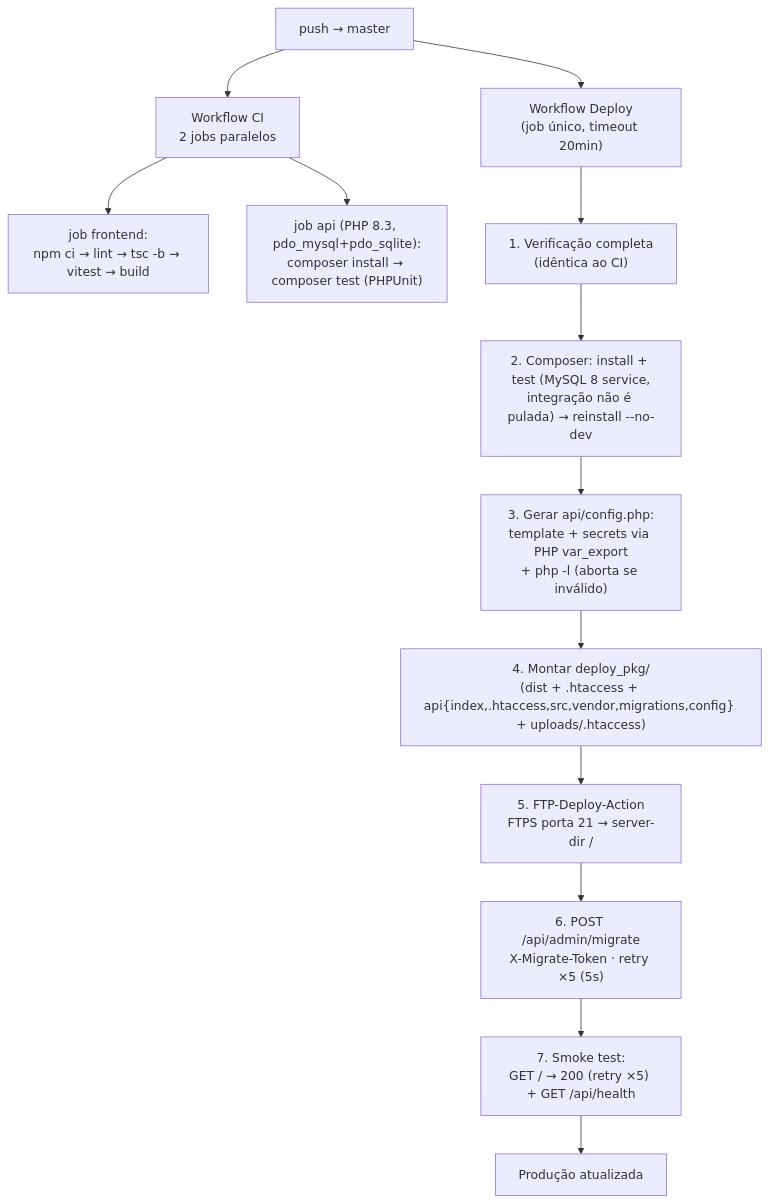
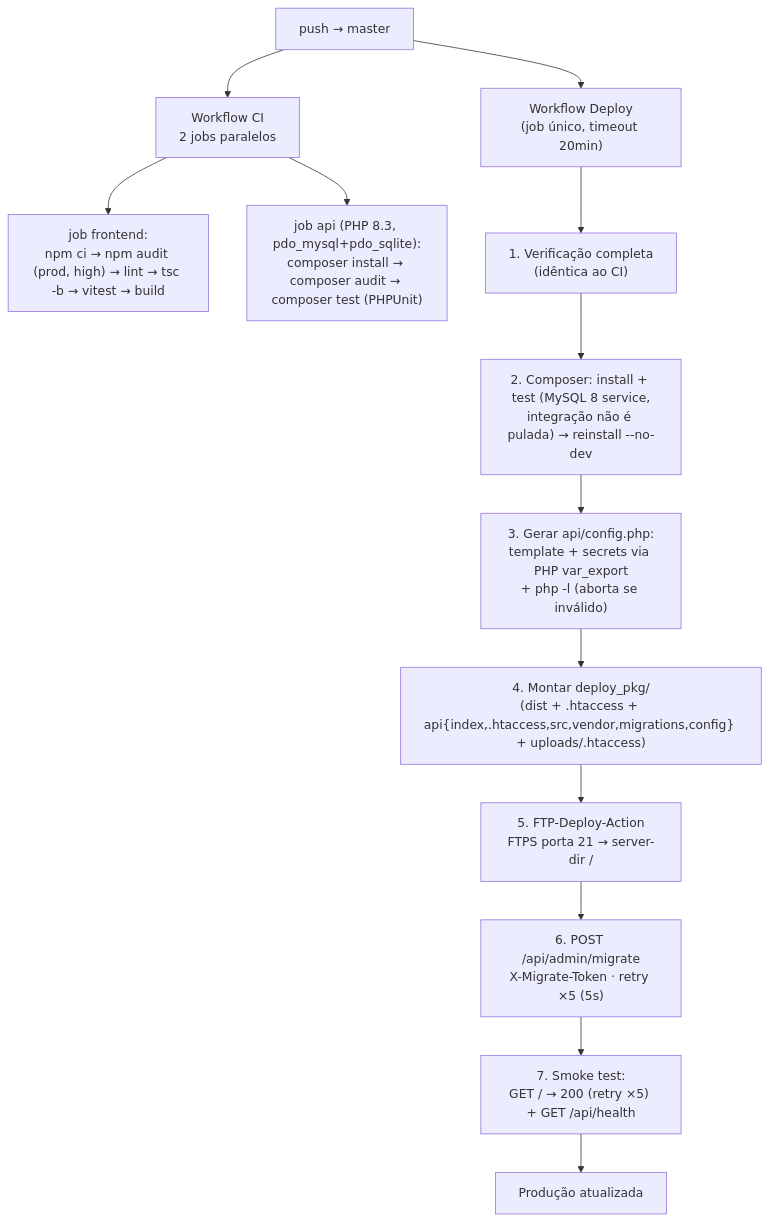
The diagram in dev/docs/diagramas/deploy-ci-cd.mmd (adab-218/siteadab), drawn with Mermaid before and after one commit. The commit also changed 19 other files, not shown here.

```diff
--- a/dev/docs/diagramas/deploy-ci-cd.mmd
+++ b/dev/docs/diagramas/deploy-ci-cd.mmd
@@ -1,17 +1,17 @@
 %% Pipeline CI + Deploy — revisado em 2026-10-21
 %% Fonte: .github/workflows/ci.yml, .github/workflows/deploy.yml
 flowchart TD
     PUSH["push → master"] --> CI["Workflow CI<br/>2 jobs paralelos"]
     PUSH --> DEP["Workflow Deploy<br/>(job único, timeout 20min)"]
 
-    CI --> CIF["job frontend:<br/>npm ci → lint → tsc -b → vitest → build"]
-    CI --> CIA["job api (PHP 8.3, pdo_mysql+pdo_sqlite):<br/>composer install → composer test (PHPUnit)"]
+    CI --> CIF["job frontend:<br/>npm ci → npm audit (prod, high) → lint → tsc -b → vitest → build"]
+    CI --> CIA["job api (PHP 8.3, pdo_mysql+pdo_sqlite):<br/>composer install → composer audit → composer test (PHPUnit)"]
 
     DEP --> D1["1. Verificação completa<br/>(idêntica ao CI)"]
     D1 --> D2["2. Composer: install + test (MySQL 8 service,<br/>integração não é pulada) → reinstall --no-dev"]
     D2 --> D3["3. Gerar api/config.php:<br/>template + secrets via PHP var_export<br/>+ php -l (aborta se inválido)"]
     D3 --> D4["4. Montar deploy_pkg/<br/>(dist + .htaccess + api{index,.htaccess,src,vendor,migrations,config} + uploads/.htaccess)"]
     D4 --> D5["5. FTP-Deploy-Action<br/>FTPS porta 21 → server-dir /"]
     D5 --> D6["6. POST /api/admin/migrate<br/>X-Migrate-Token · retry ×5 (5s)"]
     D6 --> D7["7. Smoke test:<br/>GET / → 200 (retry ×5) + GET /api/health"]
     D7 --> OK["Produção atualizada"]
```
